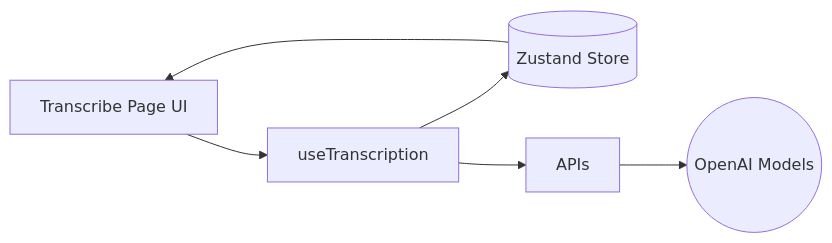
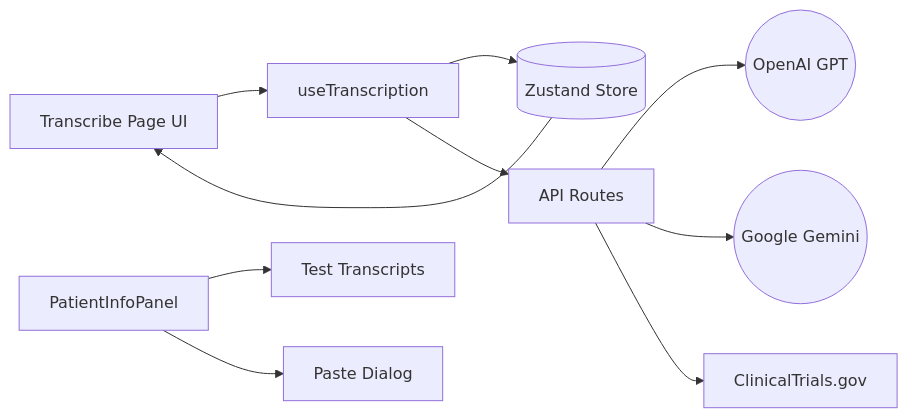
The first of 6 diagrams in docs/ARCHITECTURE.md (robertsthomas/deeperscribe), drawn with Mermaid before and after one commit. The commit also changed other lines of this file, not shown here.

Commit message:
update architecture

````diff
--- a/docs/ARCHITECTURE.md
+++ b/docs/ARCHITECTURE.md
@@ -7,8 +7,12 @@
 ```mermaid
 flowchart LR
   UI[Transcribe Page UI] --> Hook[useTranscription]
   Hook --> Store[(Zustand Store)]
-  Hook --> APIs
-  APIs --> AI((OpenAI Models))
+  Hook --> APIs[API Routes]
+  APIs --> OpenAI((OpenAI GPT))
+  APIs --> Gemini((Google Gemini))
+  APIs --> ClinicalTrials[ClinicalTrials.gov]
   Store --> UI
+  PatientPanel[PatientInfoPanel] --> TestData[Test Transcripts]
+  PatientPanel --> PasteDialog[Paste Dialog]
 ```
````
